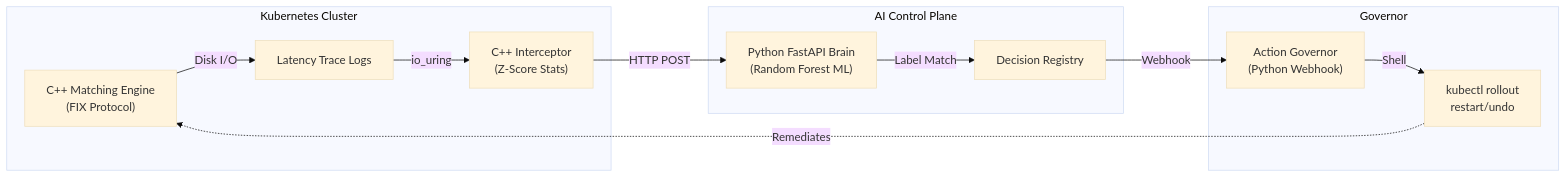
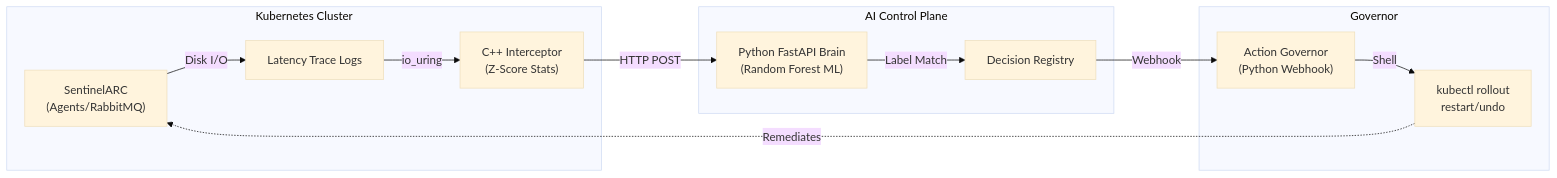
The diagram in README.md (Ashishparmar265/Sentinel-HealOps), drawn with Mermaid (base theme) before and after one commit. The commit also changed other lines of this file and 21 other files, not shown here.

Commit message:
Transition Sentinel-HealOps to monitor SentinelARC entirely

````diff
--- a/README.md
+++ b/README.md
@@ -29,19 +29,19 @@
 ```mermaid
 flowchart LR
     subgraph K8s_Cluster["Kubernetes Cluster"]
-        ME["C++ Matching Engine\n(FIX Protocol)"] -- Disk I/O --> CSV["Latency Trace Logs"]
+        ME["SentinelARC\n(Agents/RabbitMQ)"] -- Disk I/O --> CSV["Latency Trace Logs"]
         CSV -- io_uring --> INC["C++ Interceptor\n(Z-Score Stats)"]
     end
     
     subgraph Control_Plane["AI Control Plane"]
         INC -- HTTP POST --> BR["Python FastAPI Brain\n(Random Forest ML)"]
         BR -- Label Match --> REG["Decision Registry"]
     end
     
     subgraph Governor_Layer["Governor"]
         REG -- Webhook --> GOV["Action Governor\n(Python Webhook)"]
         GOV -- Shell --> KUB["kubectl rollout\nrestart/undo"]
     end
 
     KUB -. Remediates .-> ME
 ```
````
